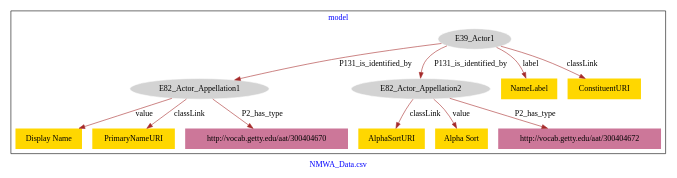
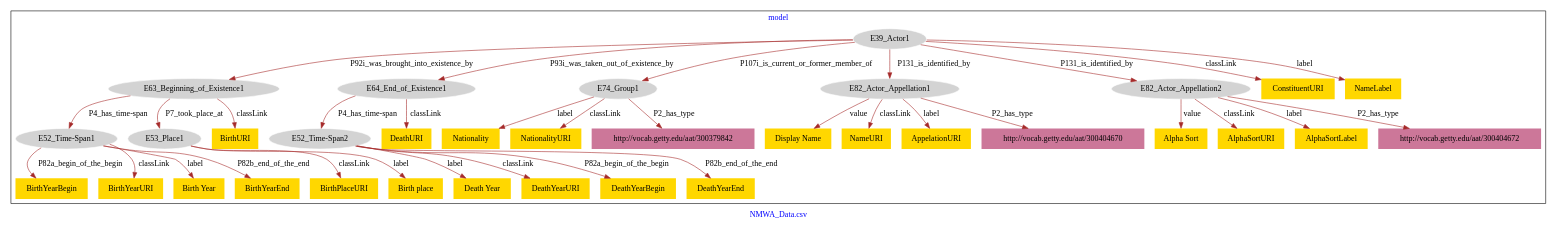
The diagram in Actor/NMWA_Actor-model.dot (american-art/nmwa), drawn with Graphviz before and after one commit.

Commit message:
Update file NMWA_Actor-model.dot

```diff
--- a/Actor/NMWA_Actor-model.dot
+++ b/Actor/NMWA_Actor-model.dot
@@ -1,29 +1,75 @@
 digraph n0 {
 fontcolor="blue"
 remincross="true"
 label="NMWA_Data.csv"
 subgraph cluster {
 label="model"
 n2[style="filled",color="white",fillcolor="lightgray",label="E39_Actor1"];
-n3[style="filled",color="white",fillcolor="lightgray",label="E82_Actor_Appellation1"];
-n4[style="filled",color="white",fillcolor="lightgray",label="E82_Actor_Appellation2"];
-n5[shape="plaintext",style="filled",fillcolor="gold",label="AlphaSortURI"];
-n6[shape="plaintext",style="filled",fillcolor="gold",label="NameLabel"];
-n7[shape="plaintext",style="filled",fillcolor="gold",label="Display Name"];
-n8[shape="plaintext",style="filled",fillcolor="gold",label="PrimaryNameURI"];
-n9[shape="plaintext",style="filled",fillcolor="gold",label="Alpha Sort"];
-n10[shape="plaintext",style="filled",fillcolor="gold",label="ConstituentURI"];
-n11[shape="plaintext",style="filled",fillcolor="#CC7799",label="http://vocab.getty.edu/aat/300404672"];
-n12[shape="plaintext",style="filled",fillcolor="#CC7799",label="http://vocab.getty.edu/aat/300404670"];
+n3[style="filled",color="white",fillcolor="lightgray",label="E63_Beginning_of_Existence1"];
+n4[style="filled",color="white",fillcolor="lightgray",label="E64_End_of_Existence1"];
+n5[style="filled",color="white",fillcolor="lightgray",label="E74_Group1"];
+n6[style="filled",color="white",fillcolor="lightgray",label="E82_Actor_Appellation1"];
+n7[style="filled",color="white",fillcolor="lightgray",label="E82_Actor_Appellation2"];
+n8[style="filled",color="white",fillcolor="lightgray",label="E52_Time-Span1"];
+n9[style="filled",color="white",fillcolor="lightgray",label="E53_Place1"];
+n10[style="filled",color="white",fillcolor="lightgray",label="E52_Time-Span2"];
+n11[shape="plaintext",style="filled",fillcolor="gold",label="BirthPlaceURI"];
+n12[shape="plaintext",style="filled",fillcolor="gold",label="Birth place"];
+n13[shape="plaintext",style="filled",fillcolor="gold",label="BirthYearBegin"];
+n14[shape="plaintext",style="filled",fillcolor="gold",label="BirthYearURI"];
+n15[shape="plaintext",style="filled",fillcolor="gold",label="Alpha Sort"];
+n16[shape="plaintext",style="filled",fillcolor="gold",label="Display Name"];
+n17[shape="plaintext",style="filled",fillcolor="gold",label="AlphaSortURI"];
+n18[shape="plaintext",style="filled",fillcolor="gold",label="Death Year "];
+n19[shape="plaintext",style="filled",fillcolor="gold",label="Birth Year"];
+n20[shape="plaintext",style="filled",fillcolor="gold",label="DeathYearURI"];
+n21[shape="plaintext",style="filled",fillcolor="gold",label="Nationality "];
+n22[shape="plaintext",style="filled",fillcolor="gold",label="DeathURI"];
+n23[shape="plaintext",style="filled",fillcolor="gold",label="NameURI"];
+n24[shape="plaintext",style="filled",fillcolor="gold",label="NationalityURI"];
+n25[shape="plaintext",style="filled",fillcolor="gold",label="DeathYearBegin"];
+n26[shape="plaintext",style="filled",fillcolor="gold",label="AppelationURI"];
+n27[shape="plaintext",style="filled",fillcolor="gold",label="DeathYearEnd"];
+n28[shape="plaintext",style="filled",fillcolor="gold",label="BirthURI"];
+n29[shape="plaintext",style="filled",fillcolor="gold",label="AlphaSortLabel"];
+n30[shape="plaintext",style="filled",fillcolor="gold",label="ConstituentURI"];
+n31[shape="plaintext",style="filled",fillcolor="gold",label="BirthYearEnd"];
+n32[shape="plaintext",style="filled",fillcolor="gold",label="NameLabel"];
+n33[shape="plaintext",style="filled",fillcolor="#CC7799",label="http://vocab.getty.edu/aat/300404670"];
+n34[shape="plaintext",style="filled",fillcolor="#CC7799",label="http://vocab.getty.edu/aat/300404672"];
+n35[shape="plaintext",style="filled",fillcolor="#CC7799",label="http://vocab.getty.edu/aat/300379842"];
 }
-n2 -> n3[color="brown",fontcolor="black",label="P131_is_identified_by"]
-n2 -> n4[color="brown",fontcolor="black",label="P131_is_identified_by"]
-n4 -> n5[color="brown",fontcolor="black",label="classLink"]
-n2 -> n6[color="brown",fontcolor="black",label="label"]
-n3 -> n7[color="brown",fontcolor="black",label="value"]
-n3 -> n8[color="brown",fontcolor="black",label="classLink"]
-n4 -> n9[color="brown",fontcolor="black",label="value"]
-n2 -> n10[color="brown",fontcolor="black",label="classLink"]
-n4 -> n11[color="brown",fontcolor="black",label="P2_has_type"]
-n3 -> n12[color="brown",fontcolor="black",label="P2_has_type"]
+n2 -> n3[color="brown",fontcolor="black",label="P92i_was_brought_into_existence_by"]
+n2 -> n4[color="brown",fontcolor="black",label="P93i_was_taken_out_of_existence_by"]
+n2 -> n5[color="brown",fontcolor="black",label="P107i_is_current_or_former_member_of"]
+n2 -> n6[color="brown",fontcolor="black",label="P131_is_identified_by"]
+n2 -> n7[color="brown",fontcolor="black",label="P131_is_identified_by"]
+n3 -> n8[color="brown",fontcolor="black",label="P4_has_time-span"]
+n3 -> n9[color="brown",fontcolor="black",label="P7_took_place_at"]
+n4 -> n10[color="brown",fontcolor="black",label="P4_has_time-span"]
+n9 -> n11[color="brown",fontcolor="black",label="classLink"]
+n9 -> n12[color="brown",fontcolor="black",label="label"]
+n8 -> n13[color="brown",fontcolor="black",label="P82a_begin_of_the_begin"]
+n8 -> n14[color="brown",fontcolor="black",label="classLink"]
+n7 -> n15[color="brown",fontcolor="black",label="value"]
+n6 -> n16[color="brown",fontcolor="black",label="value"]
+n7 -> n17[color="brown",fontcolor="black",label="classLink"]
+n10 -> n18[color="brown",fontcolor="black",label="label"]
+n8 -> n19[color="brown",fontcolor="black",label="label"]
+n10 -> n20[color="brown",fontcolor="black",label="classLink"]
+n5 -> n21[color="brown",fontcolor="black",label="label"]
+n4 -> n22[color="brown",fontcolor="black",label="classLink"]
+n6 -> n23[color="brown",fontcolor="black",label="classLink"]
+n5 -> n24[color="brown",fontcolor="black",label="classLink"]
+n10 -> n25[color="brown",fontcolor="black",label="P82a_begin_of_the_begin"]
+n6 -> n26[color="brown",fontcolor="black",label="label"]
+n10 -> n27[color="brown",fontcolor="black",label="P82b_end_of_the_end"]
+n3 -> n28[color="brown",fontcolor="black",label="classLink"]
+n7 -> n29[color="brown",fontcolor="black",label="label"]
+n2 -> n30[color="brown",fontcolor="black",label="classLink"]
+n8 -> n31[color="brown",fontcolor="black",label="P82b_end_of_the_end"]
+n2 -> n32[color="brown",fontcolor="black",label="label"]
+n6 -> n33[color="brown",fontcolor="black",label="P2_has_type"]
+n7 -> n34[color="brown",fontcolor="black",label="P2_has_type"]
+n5 -> n35[color="brown",fontcolor="black",label="P2_has_type"]
 }
```
